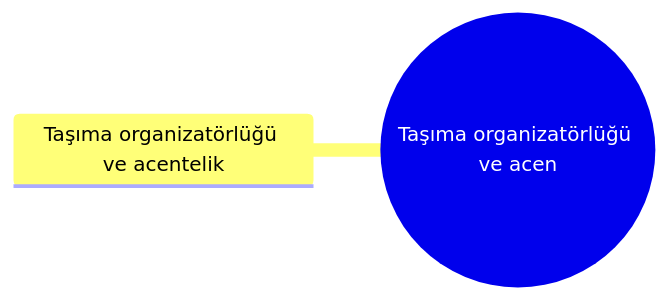
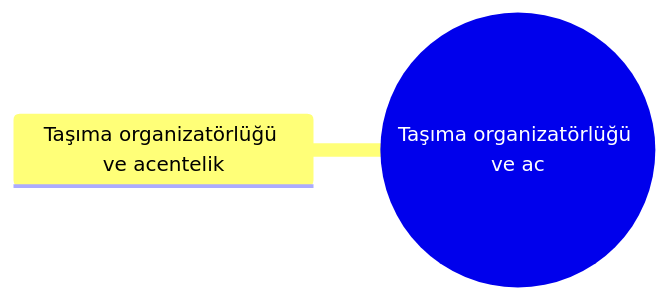
The diagram in 02 İşletmeler/12 Lojistik & Taşımacılık/Taşıma organizatörlüğü ve acentelik/Dal – Taşıma organizatörlüğü ve acentelik.md (sametkarabulut-dev/xfuturepos-v2), drawn with Mermaid before and after one commit. The commit also changed other lines of this file and 241 other files, not shown here.

````diff
--- a/02 İşletmeler/12 Lojistik & Taşımacılık/Taşıma organizatörlüğü ve acentelik/Dal – Taşıma organizatörlüğü ve acentelik.md
+++ b/02 İşletmeler/12 Lojistik & Taşımacılık/Taşıma organizatörlüğü ve acentelik/Dal – Taşıma organizatörlüğü ve acentelik.md
@@ -22,5 +22,5 @@
 ```mermaid
 mindmap
-  root((Taşıma organizatörlüğü ve acen))
+  root((Taşıma organizatörlüğü ve ac))
     Taşıma organizatörlüğü ve acentelik
 ```
````
